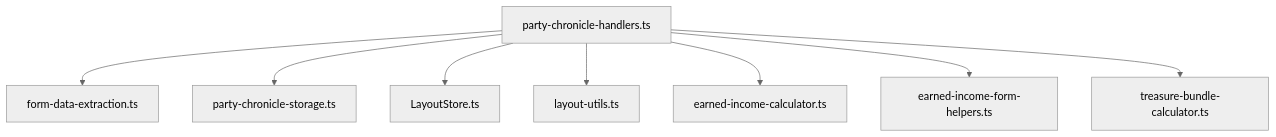
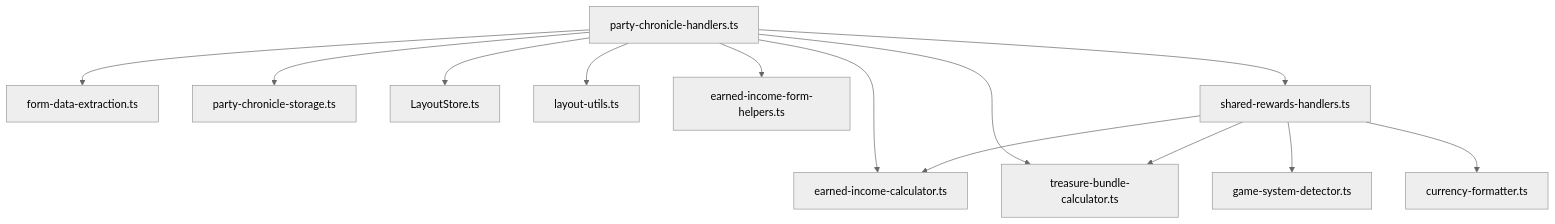
The sixth of 13 diagrams in ARCHITECTURE.md (scooper4711/pfs-chronicle-generator), drawn with Mermaid (neutral theme) before and after one commit. The commit also changed other lines of this file, not shown here.

Commit message:
docs: Update architecture document for 1.3.0

````diff
--- a/ARCHITECTURE.md
+++ b/ARCHITECTURE.md
@@ -279,19 +317,28 @@
 ```mermaid
 graph TD
     PCH["party-chronicle-handlers.ts"]
     FDE["form-data-extraction.ts"]
     PCS["party-chronicle-storage.ts"]
     LS["LayoutStore.ts"]
     LU["layout-utils.ts"]
     EIC["earned-income-calculator.ts"]
     EIFH["earned-income-form-helpers.ts"]
     TBC["treasure-bundle-calculator.ts"]
+    SRW["shared-rewards-handlers.ts"]
+    GSD["game-system-detector.ts"]
+    CF["currency-formatter.ts"]
 
     PCH --> FDE
     PCH --> PCS
     PCH --> LS
     PCH --> LU
     PCH --> EIC
     PCH --> EIFH
     PCH --> TBC
+    PCH --> SRW
+
+    SRW --> EIC
+    SRW --> TBC
+    SRW --> GSD
+    SRW --> CF
 ```
````
